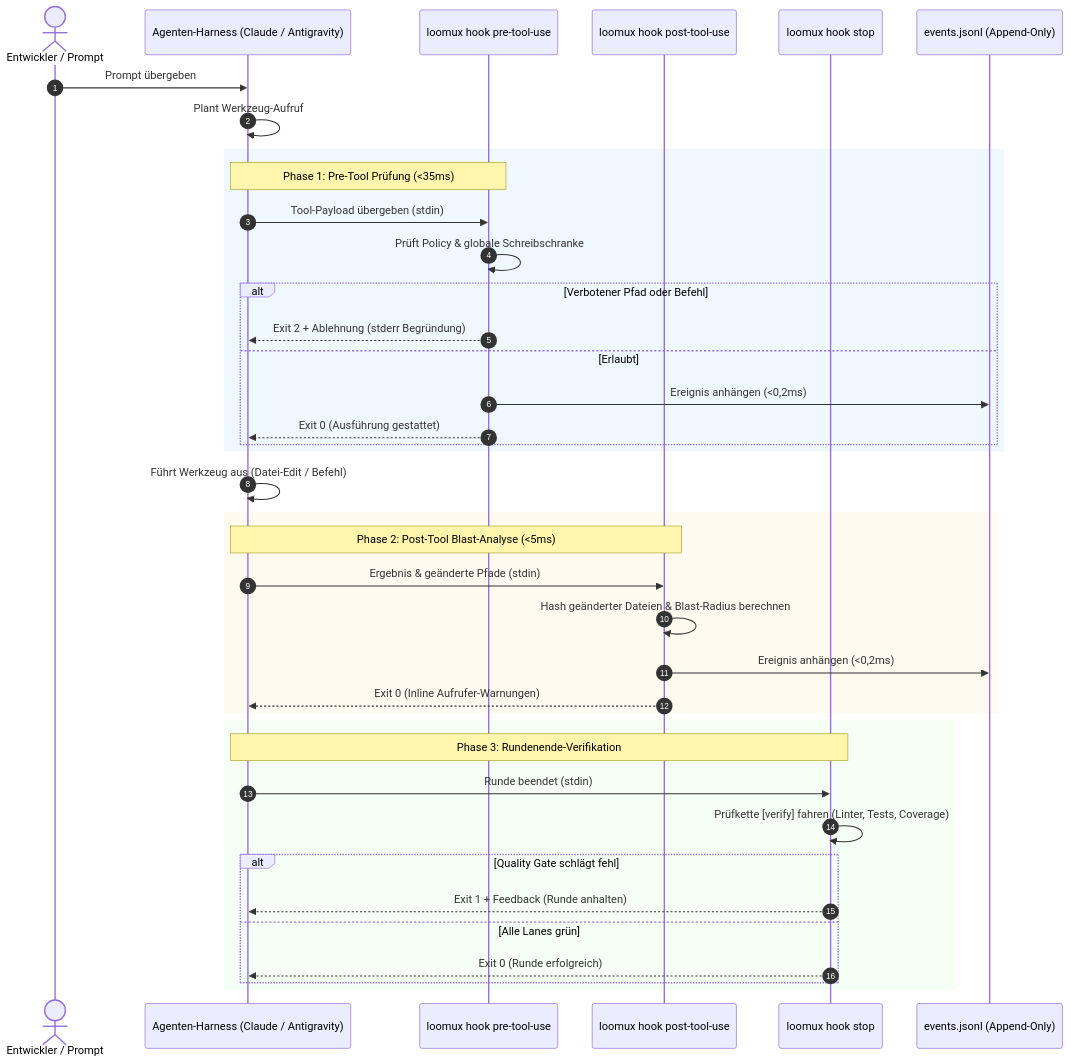
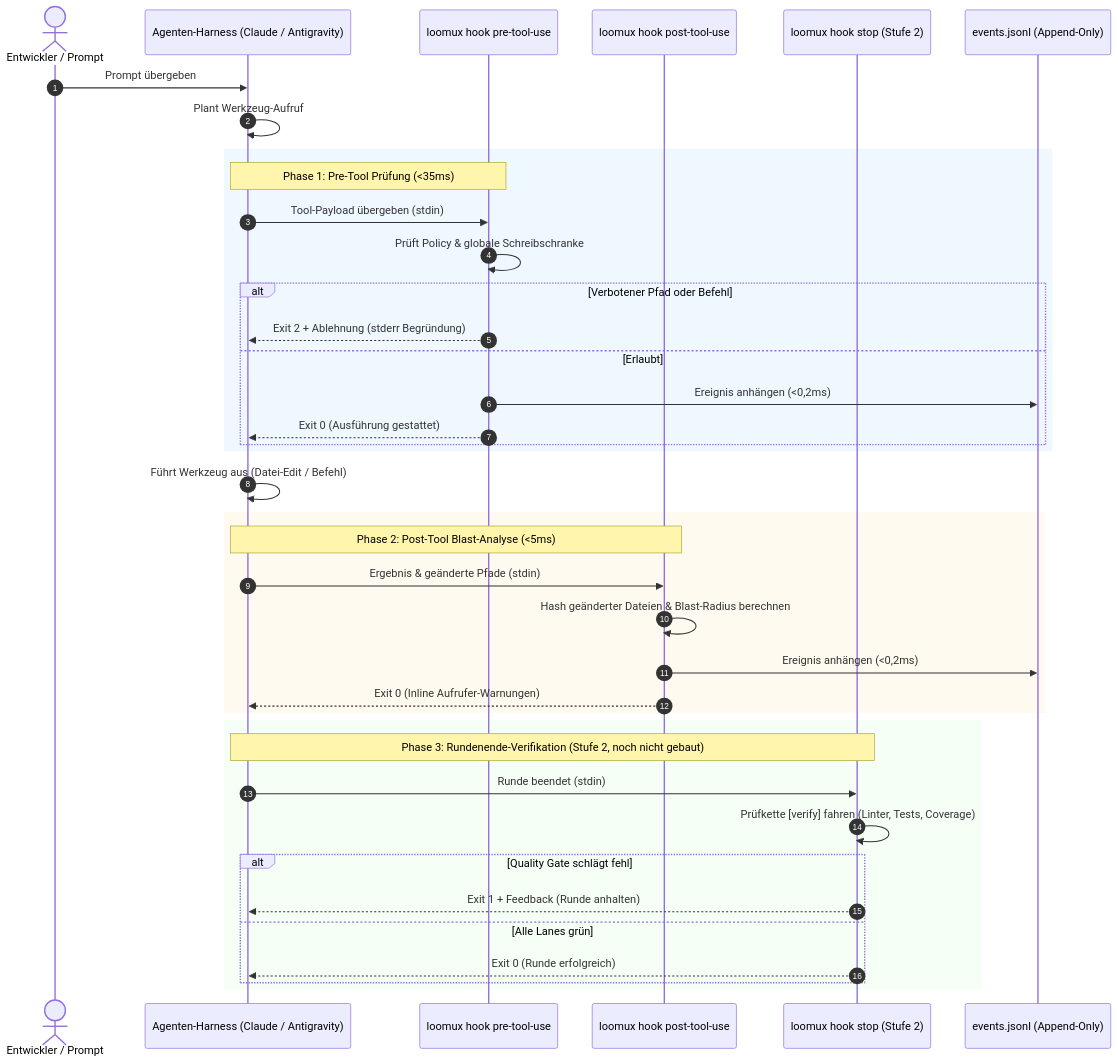
One commit to xidus90/loomux changed the first of 3 diagrams in docs/de/hooks.md. Above: the diagram before and after it, drawn with Mermaid. The commit also changed other lines of this file and 6 other files, not shown here.

First line of the commit message:
Fold the policy, session hook and worktree flows into the hook pages

````diff
--- a/docs/de/hooks.md
+++ b/docs/de/hooks.md
@@ -11,46 +11,46 @@
 ```mermaid
 sequenceDiagram
     autonumber
     actor Dev as Entwickler / Prompt
     participant Host as Agenten-Harness (Claude / Antigravity)
     participant Pre as loomux hook pre-tool-use
     participant Post as loomux hook post-tool-use
-    participant Stop as loomux hook stop
+    participant Stop as loomux hook stop (Stufe 2)
     participant Journal as events.jsonl (Append-Only)
 
     Dev->>Host: Prompt übergeben
     Host->>Host: Plant Werkzeug-Aufruf
 
     rect rgb(240, 248, 255)
     Note over Host,Pre: Phase 1: Pre-Tool Prüfung (<35ms)
     Host->>Pre: Tool-Payload übergeben (stdin)
     Pre->>Pre: Prüft Policy & globale Schreibschranke
     alt Verbotener Pfad oder Befehl
         Pre-->>Host: Exit 2 + Ablehnung (stderr Begründung)
     else Erlaubt
         Pre->>Journal: Ereignis anhängen (<0,2ms)
         Pre-->>Host: Exit 0 (Ausführung gestattet)
     end
     end
 
     Host->>Host: Führt Werkzeug aus (Datei-Edit / Befehl)
 
     rect rgb(255, 250, 240)
     Note over Host,Post: Phase 2: Post-Tool Blast-Analyse (<5ms)
     Host->>Post: Ergebnis & geänderte Pfade (stdin)
     Post->>Post: Hash geänderter Dateien & Blast-Radius berechnen
     Post->>Journal: Ereignis anhängen (<0,2ms)
     Post-->>Host: Exit 0 (Inline Aufrufer-Warnungen)
     end
 
     rect rgb(245, 255, 245)
-    Note over Host,Stop: Phase 3: Rundenende-Verifikation
+    Note over Host,Stop: Phase 3: Rundenende-Verifikation (Stufe 2, noch nicht gebaut)
     Host->>Stop: Runde beendet (stdin)
     Stop->>Stop: Prüfkette [verify] fahren (Linter, Tests, Coverage)
     alt Quality Gate schlägt fehl
         Stop-->>Host: Exit 1 + Feedback (Runde anhalten)
     else Alle Lanes grün
         Stop-->>Host: Exit 0 (Runde erfolgreich)
     end
     end
 ```
````
